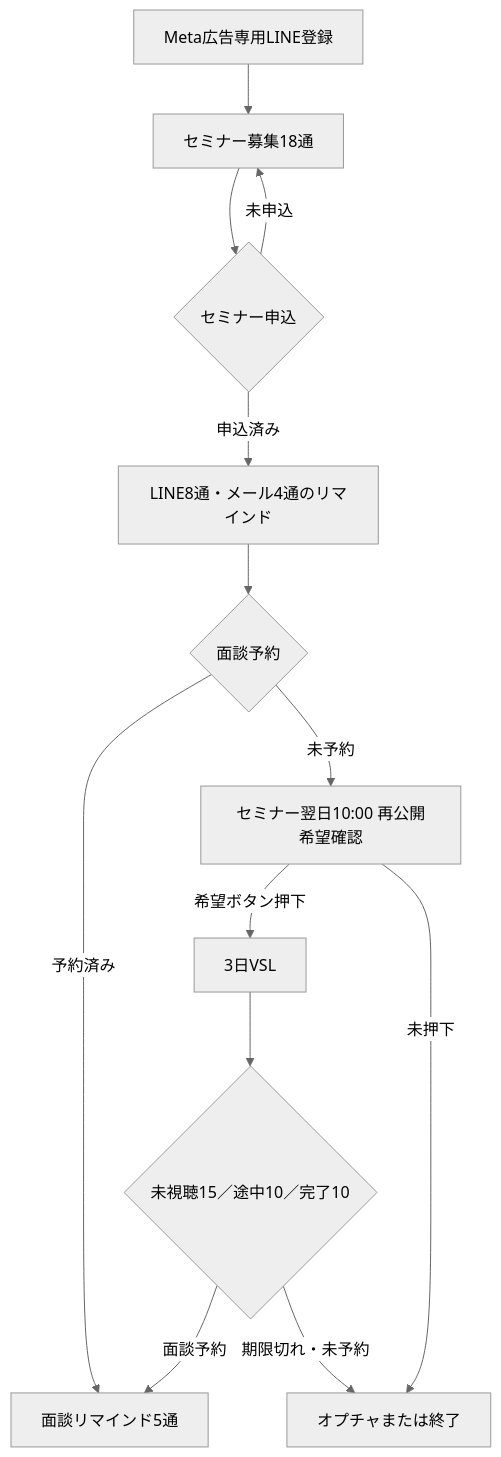
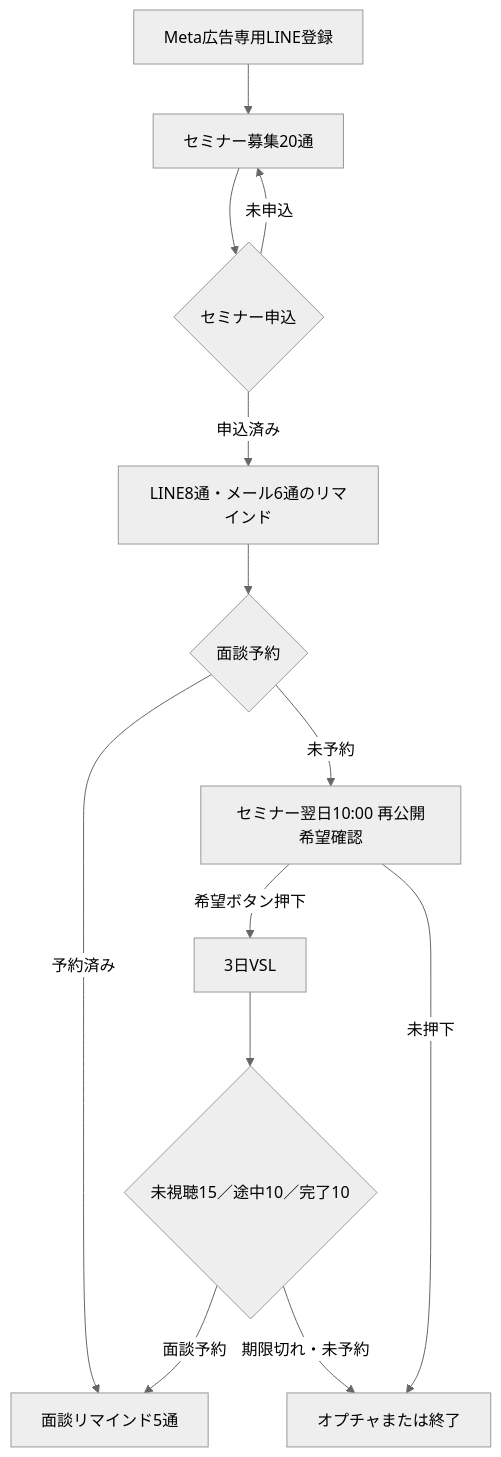
One commit to puuku0510/suya-ai-school-line-funnel changed the second of 3 diagrams in kaneko-three-funnels-handoff/kaneko-three-funnels-implementation-guide.md. Above: the diagram before and after it, drawn with Mermaid (neutral theme). The commit also changed other lines of this file and 2 other files, not shown here.

````diff
--- a/kaneko-three-funnels-handoff/kaneko-three-funnels-implementation-guide.md
+++ b/kaneko-three-funnels-handoff/kaneko-three-funnels-implementation-guide.md
@@ -84,15 +84,15 @@
 ```mermaid
 flowchart TD
-    A["Meta広告専用LINE登録"] --> B["セミナー募集18通"]
+    A["Meta広告専用LINE登録"] --> B["セミナー募集20通"]
     B --> C{"セミナー申込"}
     C -->|"未申込"| B
-    C -->|"申込済み"| D["LINE8通・メール4通のリマインド"]
+    C -->|"申込済み"| D["LINE8通・メール6通のリマインド"]
     D --> E{"面談予約"}
     E -->|"予約済み"| F["面談リマインド5通"]
     E -->|"未予約"| G["セミナー翌日10:00 再公開希望確認"]
     G -->|"希望ボタン押下"| H["3日VSL"]
     G -->|"未押下"| I["オプチャまたは終了"]
     H --> J{"未視聴15／途中10／完了10"}
     J -->|"面談予約"| F
     J -->|"期限切れ・未予約"| I
 ```
````
